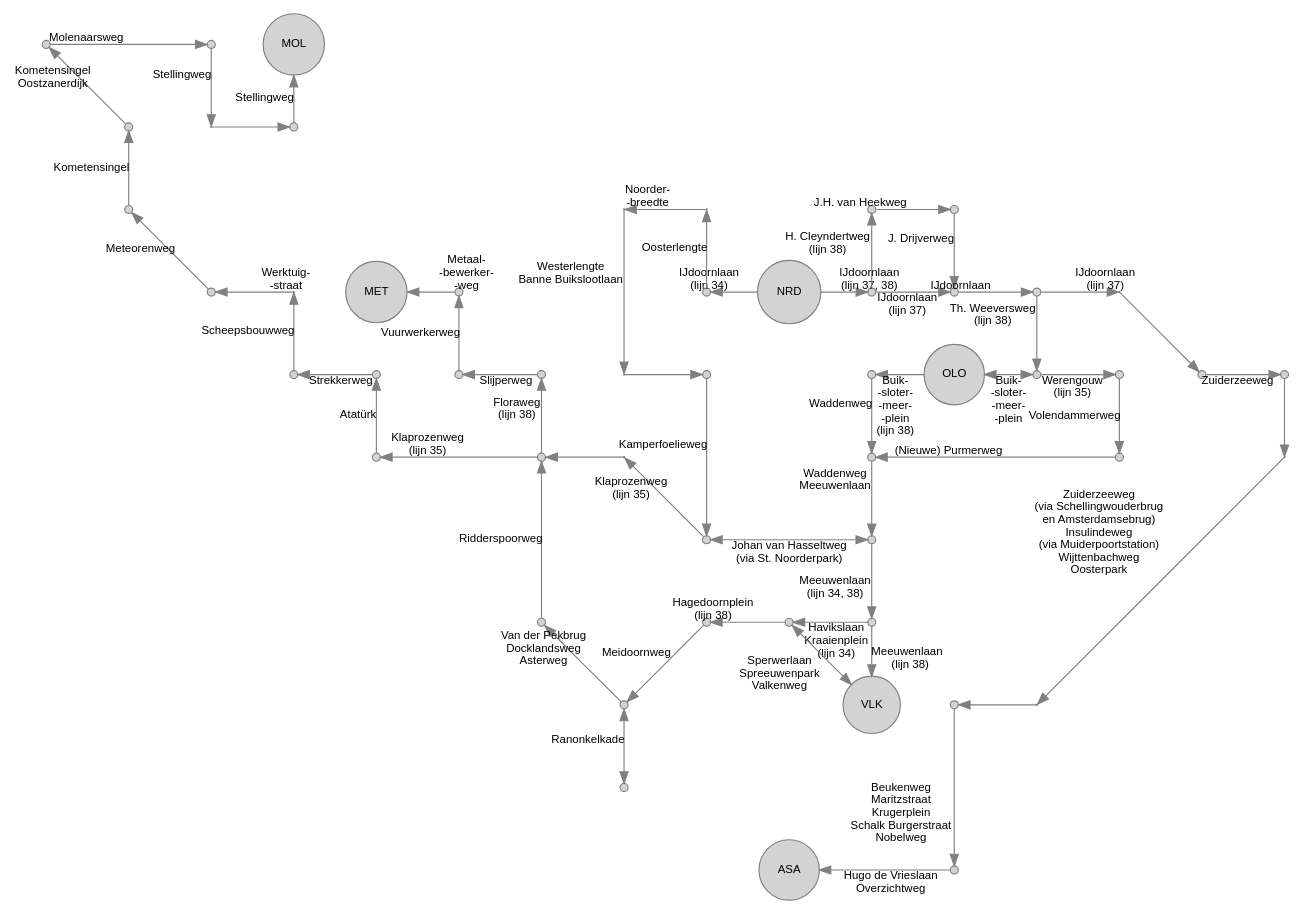
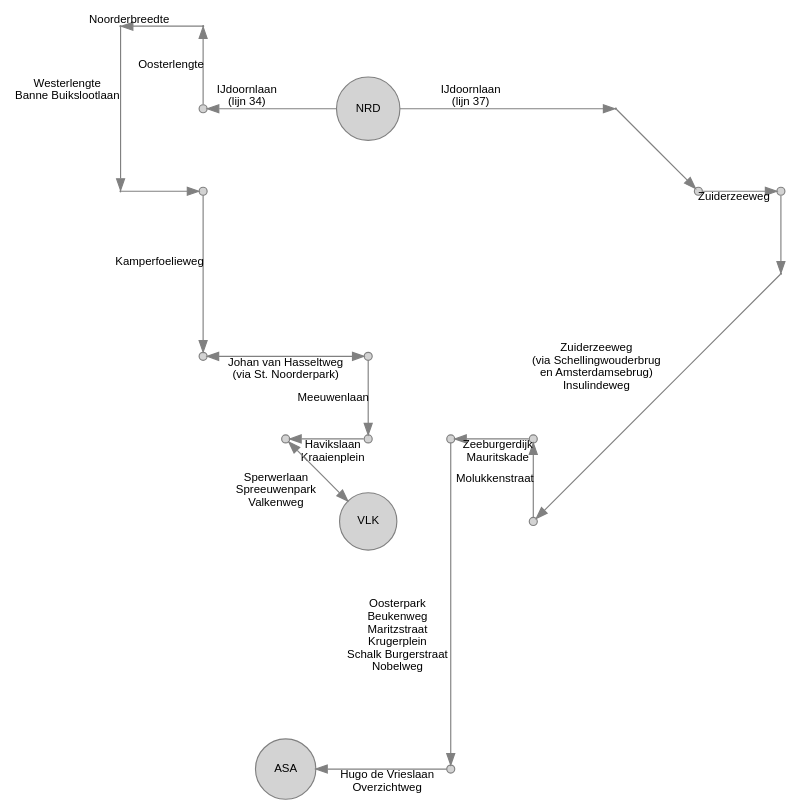
One commit to JacekPardyak/bus changed the diagram in gvb/NRD.gv. Above: the diagram before and after it, drawn with Graphviz. The commit also changed other lines of this file and 37 other files, not shown here.

```diff
--- a/gvb/NRD.gv
+++ b/gvb/NRD.gv
@@ -1,172 +1,72 @@
 digraph G {
   layout = neato
   node [shape = circle, style = filled, fillcolor = lightgray, color=gray, height=0.1, label = "", fontsize = 10, fontname = "Arial"]
   edge [color=gray, fontsize = 10, fontname = "Arial"]
 
-  3400 [pos = " 0, 0!", label = "NRD"]
+  3400 [pos = " 1, 0!", label = "NRD"]
   3401 [pos = "-1, 0!"]
   3402 [pos = "-1, 1!", height=0.01]
   3403 [pos = "-2, 1!", height=0.01]
   3404 [pos = "-2,-1!", height=0.01]
   3405 [pos = "-1,-1!"]
   3406 [pos = "-1,-3!"]
   3407 [pos = " 1,-3!"]
   3408 [pos = " 1,-4!"]
   3409 [pos = " 0,-4!"]
   3410 [pos = " 1,-5!", label = "VLK"]
 
-  3501 [pos = " 2,-1!", label = "OLO"]
-  3502 [pos = " 3,-1!"]
-  3503 [pos = " 4,-1!"]
-  3504 [pos = " 4,-2!"]
-  3505 [pos = " 1,-2!"]
-  3506 [pos = "-2,-2!", height=0.01]
-  3507 [pos = "-3,-2!"]
-  3508 [pos = "-5,-2!"]
-  3509 [pos = "-5,-1!"]
-  3510 [pos = "-6,-1!"]
-  3511 [pos = "-6, 0!", height=0.01]
-  3512 [pos = "-7, 0!"]
-  3513 [pos = "-8, 1!"]
-  3514 [pos = "-8, 2!"]
-  3515 [pos = "-9, 3!"]
-  3516 [pos = "-7, 3!"]
-  3517 [pos = "-7, 2!", height=0.01]
-  3518 [pos = "-6, 2!"]
-  3519 [pos = "-6, 3!", label = "MOL"]
-  
-  3700 [pos = " 3, 0!"]
+
   3701 [pos = " 4, 0!", height=0.01]
   3702 [pos = " 5,-1!"]
   3703 [pos = " 6,-1!"]
   3704 [pos = " 6,-2!", height=0.01]
-  
-  3706 [pos = " 3, -5!", height=0.01]
-  3707 [pos = " 2, -5!"]
-  3708 [pos = " 2, -7!"]
-  3710 [pos = " 0, -7!", label = "ASA"]  
-  
-  
-  3801 [pos = " 1, 0!"]
-  3802 [pos = " 1, 1!"]
-  3803 [pos = " 2, 1!"]
-  3804 [pos = " 2, 0!"]
-  3805 [pos = " 1,-1!"]
-  3806 [pos = "-1,-4!"]
-  3807 [pos = "-2,-5!"]
-  3808 [pos = "-2,-6!"]
-  3809 [pos = "-3,-4!"]
-  3810 [pos = "-3,-1!"]
-  3811 [pos = "-4,-1!"]
-  3812 [pos = "-4, 0!"]
-  3813 [pos = "-5, 0!", label = "MET"]
+  3705 [pos = " 3, -5!"]
+  3706 [pos = " 3, -4!"]
+  3709 [pos = " 2, -4!"]
+  3707 [pos = " 2, -8!"]
+  3708 [pos = " 0, -8!", label = "ASA"]  
   
   3400 -> 3401 [label = "IJdoornlaan 
  (lijn 34)"]
   3401 -> 3402 [label = "Oosterlengte"]
-  3402 -> 3403 [label = "Noorder- 
- -breedte"]
+  3402 -> 3403 [label = "Noorderbreedte"]
   3403 -> 3404 [label = "Westerlengte 
  Banne Buikslootlaan"]
   3404 -> 3405 [label = ""]
   3405 -> 3406 [label = "Kamperfoelieweg"]
   3406 -> 3407 [dir = "both", label = "Johan van Hasseltweg 
  (via St. Noorderpark)"]
-  3407 -> 3408 [label = "Meeuwenlaan 
- (lijn 34, 38)"]
+  3407 -> 3408 [label = "Meeuwenlaan"]
   3408 -> 3409 [label = "Havikslaan 
- Kraaienplein 
- (lijn 34)"]
+ Kraaienplein"]
   3409 -> 3410 [dir = "both", label = "Sperwerlaan 
  Spreeuwenpark 
  Valkenweg"]
-  3409 -> 3806 [label = "Hagedoornplein 
- (lijn 38)"]
-  3408 -> 3410 [label = "Meeuwenlaan  
- (lijn 38)"]
-  
-  3400 -> 3801 [label = "IJdoornlaan 
- (lijn 37, 38)"]
-  3700 -> 3502 [label = "Th. Weeversweg 
- (lijn 38)"]
-  3502 -> 3503 [label = "Werengouw 
- (lijn 35)"]
-  3503 -> 3504 [label = "Volendammerweg"]
-  3504 -> 3505 [label = "(Nieuwe) Purmerweg"]
-  
-  3505 -> 3407 [label = "Waddenweg 
- Meeuwenlaan"]
-  3406 -> 3506 [label = "Klaprozenweg 
- (lijn 35)"]
-  3506 -> 3507 [label = ""]
-  3507 -> 3508 [label = "Klaprozenweg 
- (lijn 35)"]
-  3508 -> 3509 [label = "Atatürk"]
-  3509 -> 3510 [label = "Strekkerweg"]
-  3510 -> 3511 [label = "Scheepsbouwweg"]
-  3511 -> 3512 [label = "Werktuig- 
- -straat"]
-  3512 -> 3513 [label = "Meteorenweg"]
-  3513 -> 3514 [label = "Kometensingel"]
-  3514 -> 3515 [label = "Kometensingel 
- Oostzanerdijk"]
-  3515 -> 3516 [label = "Molenaarsweg"]
-  3516 -> 3517 [label = "Stellingweg"]
-  3517 -> 3518 [label = ""]
-  3518 -> 3519 [label = "Stellingweg"]
-  
-  3700 -> 3701 [label = "IJdoornlaan 
+
+  3400 -> 3701 [label = "IJdoornlaan 
  (lijn 37)"]
+
   3701 -> 3702 [label = ""]
   3702 -> 3703 [label = "Zuiderzeeweg"]
   3703 -> 3704 [label = ""]
   
-  3704 -> 3706 [label = "Zuiderzeeweg 
+  3704 -> 3705 [label = "Zuiderzeeweg 
  (via Schellingwouderbrug 
  en Amsterdamsebrug) 
  Insulindeweg 
- (via Muiderpoortstation) 
- Wijttenbachweg 
- Oosterpark"]
-  3706 -> 3707 [label = ""]
-  3707 -> 3708 [label = "Beukenweg 
+"]
+  3705 -> 3706 [label = "Molukkenstraat"]
+  3706 -> 3709 [label = "Zeeburgerdijk
+Mauritskade"]
+  
+  3709 -> 3707 [label = "Oosterpark
+Beukenweg 
  Maritzstraat 
  Krugerplein 
  Schalk Burgerstraat 
  Nobelweg"]
-  3708 -> 3710 [label = "Hugo de Vrieslaan 
+  3707 -> 3708 [label = "Hugo de Vrieslaan 
  Overzichtweg"]
 
-  
-  
-  3801 -> 3804 [label = "IJdoornlaan 
- (lijn 37)"]
-  3801 -> 3802 [label = "H. Cleyndertweg 
- (lijn 38)"]
-  3802 -> 3803 [label = "J.H. van Heekweg"]
-  3803 -> 3804 [label = "J. Drijverweg"]
-  3804 -> 3700 [label = "IJdoornlaan"]
-  3501 -> 3805 [label = "Buik- 
- -sloter- 
- -meer- 
- -plein 
- (lijn 38)"]
-  3501 -> 3502 [dir = "both", label = "Buik- 
- -sloter- 
- -meer- 
- -plein"]
-  3805 -> 3505 [label = "Waddenweg"]
-  3806 -> 3807 [label = "Meidoornweg"]
-  3807 -> 3808 [dir = "both", label = "Ranonkelkade"]
-  3807 -> 3809 [label = "Van der Pekbrug 
- Docklandsweg 
- Asterweg"]
-  3809 -> 3507 [label = "Ridderspoorweg"]
-  3507 -> 3810 [label = "Floraweg 
- (lijn 38)"]
-  3810 -> 3811 [label = "Slijperweg"]
-  3811 -> 3812 [label = "Vuurwerkerweg"]
-  3812 -> 3813 [label = "Metaal- 
- -bewerker- 
- -weg"]
+
 }
```
